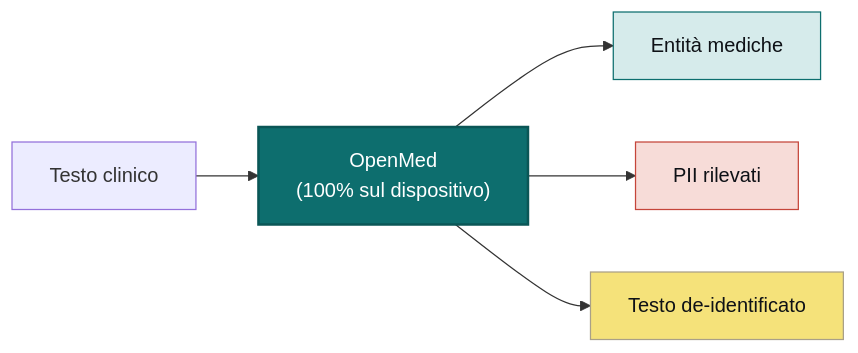
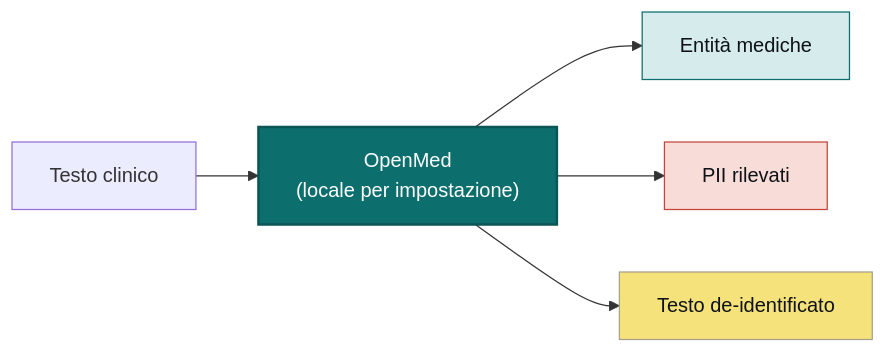
Before and after one commit to maziyarpanahi/openmed: the diagram in README.it.md, drawn with Mermaid. The commit also changed other lines of this file, not shown here.

````diff
--- a/README.it.md
+++ b/README.it.md
@@ -126,11 +119,11 @@
 ```mermaid
 flowchart LR
-    A["Testo clinico"] --> B["OpenMed<br/>(100% sul dispositivo)"]
+    A["Testo clinico"] --> B["OpenMed<br/>(locale per impostazione)"]
     B --> C["Entità mediche"]
     B --> D["PII rilevati"]
     B --> E["Testo de-identificato"]
     style B fill:#0D6E6E,stroke:#0A5656,stroke-width:2px,color:#ffffff
     style C fill:#D6EBEB,stroke:#0D6E6E,color:#0E1116
     style D fill:#F7DCD8,stroke:#C5453A,color:#0E1116
     style E fill:#F5E27A,stroke:#A9A088,color:#0E1116
 ```
````
